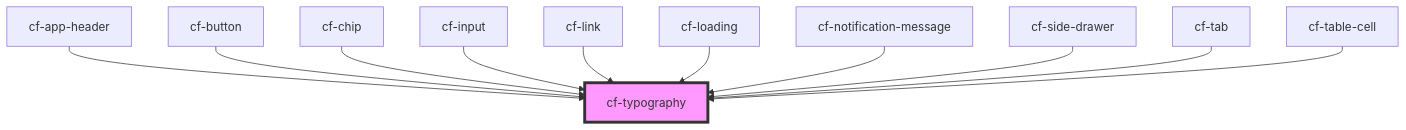
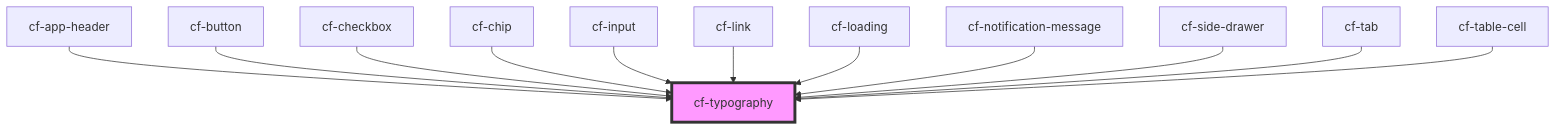
Before and after one commit to DriLLFreAK100/codefee-component: the diagram in src/components/cf-typography/readme.md, drawn with Mermaid. The commit also changed other lines of this file and 5 other files, not shown here.

````diff
--- a/src/components/cf-typography/readme.md
+++ b/src/components/cf-typography/readme.md
@@ -32,14 +33,15 @@
 ```mermaid
 graph TD;
   cf-app-header --> cf-typography
   cf-button --> cf-typography
+  cf-checkbox --> cf-typography
   cf-chip --> cf-typography
   cf-input --> cf-typography
   cf-link --> cf-typography
   cf-loading --> cf-typography
   cf-notification-message --> cf-typography
   cf-side-drawer --> cf-typography
   cf-tab --> cf-typography
   cf-table-cell --> cf-typography
   style cf-typography fill:#f9f,stroke:#333,stroke-width:4px
 ```
````
